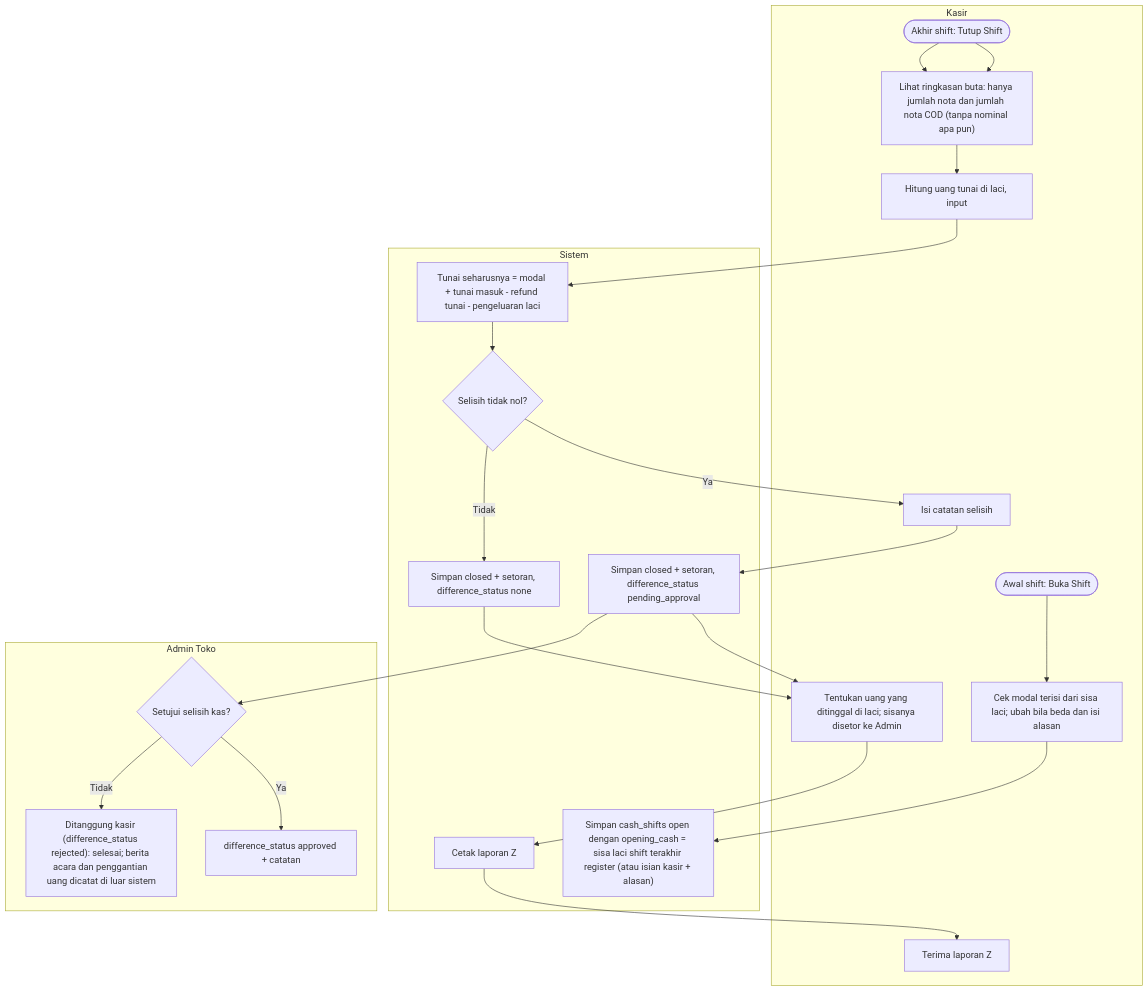
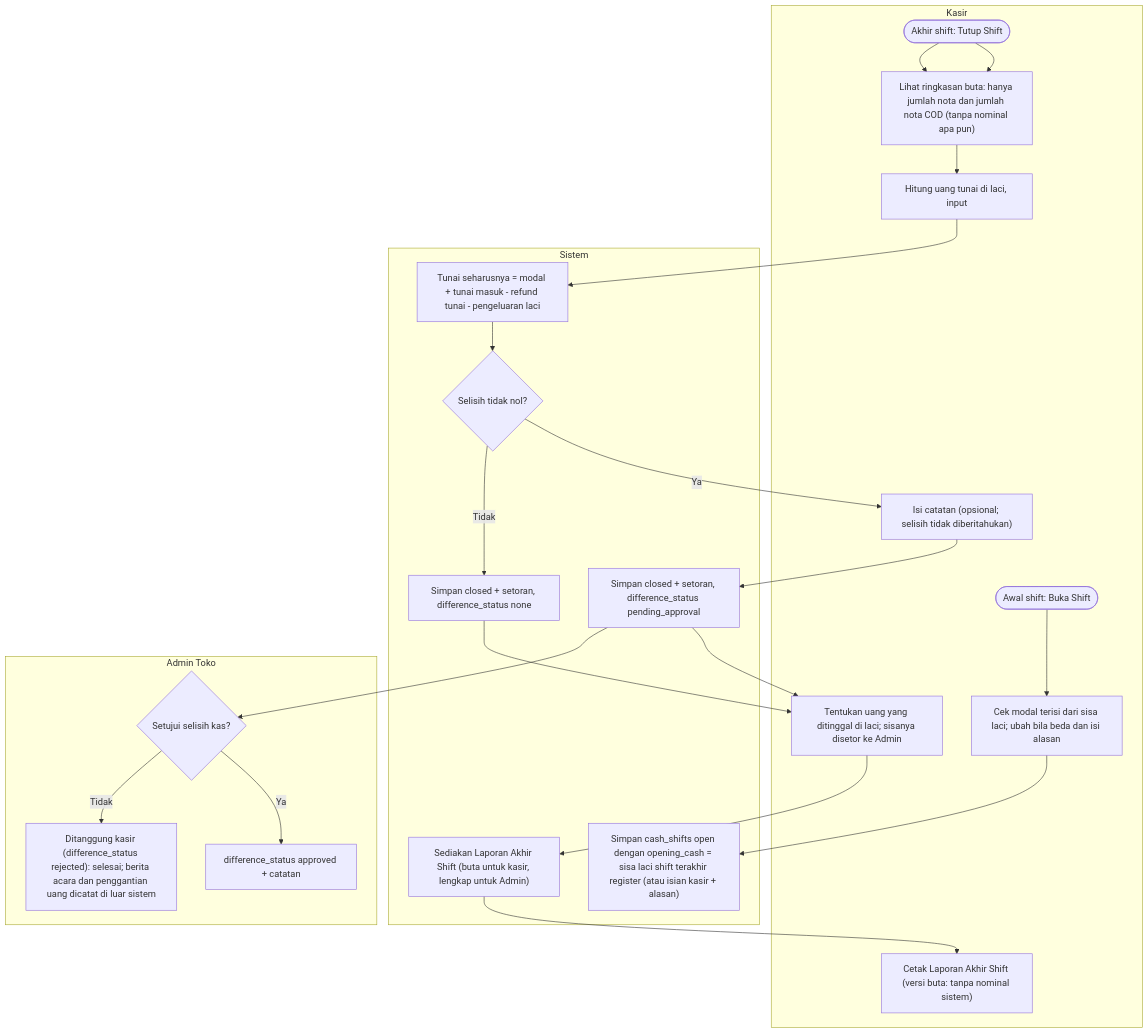
Before and after one commit to aliefpraditya/store-management: the tenth of 30 diagrams in docs/analisis-sistem.md, drawn with Mermaid. The commit also changed other lines of this file and 113 other files, not shown here.

````diff
--- a/docs/analisis-sistem.md
+++ b/docs/analisis-sistem.md
@@ -655,34 +655,34 @@
 ```mermaid
 flowchart TD
     subgraph KS["Kasir"]
         K0(["Awal shift: Buka Shift"]) --> K0b["Cek modal terisi dari sisa laci; ubah bila beda dan isi alasan"]
         K1(["Akhir shift: Tutup Shift"]) --> K2["Lihat ringkasan buta: hanya jumlah nota dan jumlah nota COD (tanpa nominal apa pun)"]
         K3["Hitung uang tunai di laci, input"]
-        K5["Isi catatan selisih"]
+        K5["Isi catatan (opsional; selisih tidak diberitahukan)"]
         K7["Tentukan uang yang ditinggal di laci; sisanya disetor ke Admin"]
-        K8["Terima laporan Z"]
+        K8["Cetak Laporan Akhir Shift (versi buta: tanpa nominal sistem)"]
     end
     subgraph SYS["Sistem"]
         S0["Simpan cash_shifts open dengan opening_cash = sisa laci shift terakhir register (atau isian kasir + alasan)"]
         S2["Tunai seharusnya = modal + tunai masuk - refund tunai - pengeluaran laci"]
         S3{"Selisih tidak nol?"}
         S4["Simpan closed + setoran, difference_status pending_approval"]
         S4b["Simpan closed + setoran, difference_status none"]
-        S5["Cetak laporan Z"]
+        S5["Sediakan Laporan Akhir Shift (buta untuk kasir, lengkap untuk Admin)"]
     end
     subgraph ADM["Admin Toko"]
         A1{"Setujui selisih kas?"}
         A2["difference_status approved + catatan"]
         A3["Ditanggung kasir (difference_status rejected): selesai; berita acara dan penggantian uang dicatat di luar sistem"]
     end
     K0b --> S0
     K1 --> K2 --> K3 --> S2 --> S3
     S3 -->|"Ya"| K5 --> S4
     S3 -->|"Tidak"| S4b
     S4 --> K7
     S4b --> K7
     K7 --> S5 --> K8
     S4 --> A1
     A1 -->|"Ya"| A2
     A1 -->|"Tidak"| A3
 ```
````
